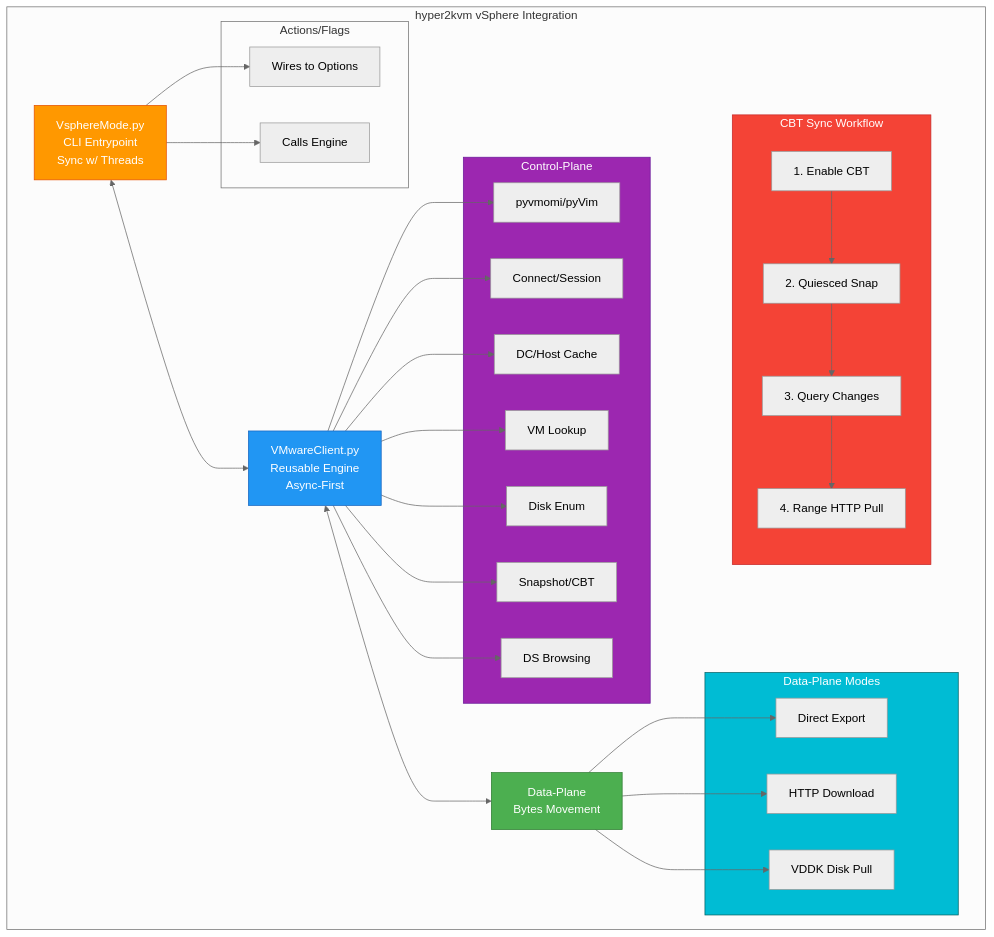
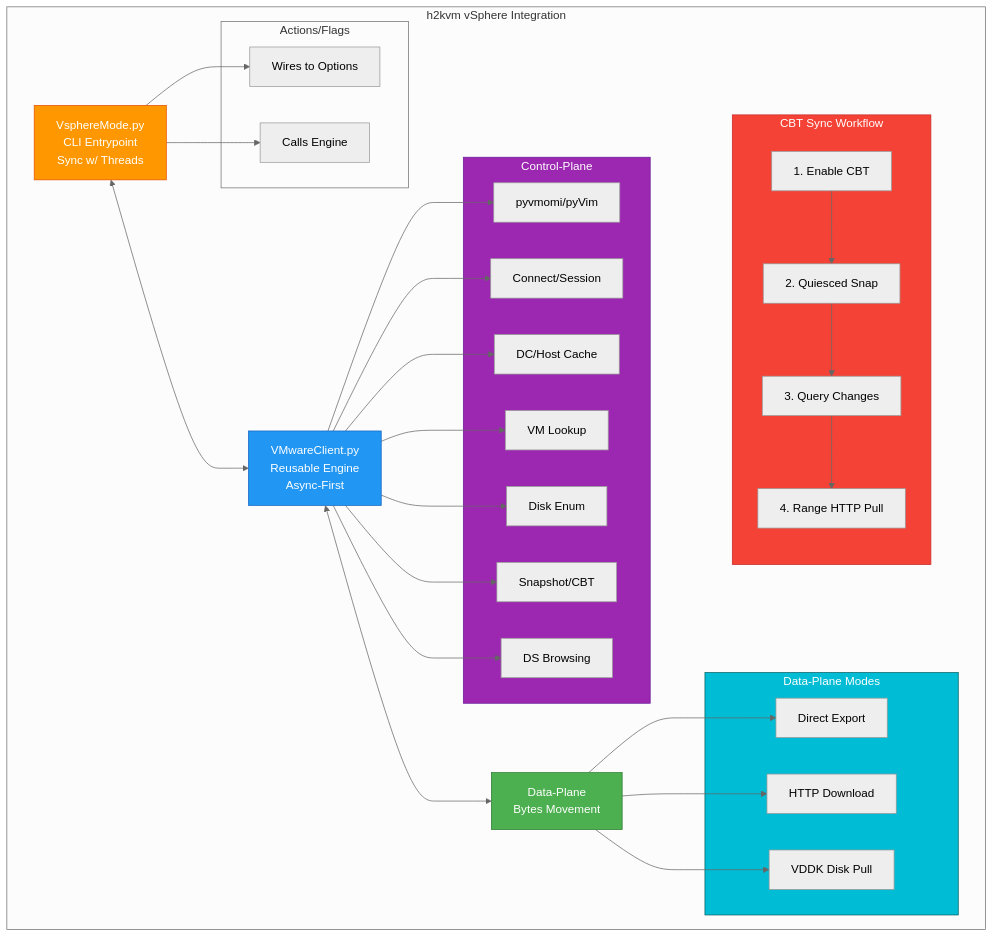
The first of 3 diagrams in docs/features/vsphere-design.md (zyvorai/h2kvm), drawn with Mermaid (neutral theme) before and after one commit. The commit also changed other lines of this file and 2146 other files, not shown here.

First line of the commit message:
Rename project hyper2kvm -> h2kvm

````diff
--- a/docs/features/vsphere-design.md
+++ b/docs/features/vsphere-design.md
@@ -109,62 +109,62 @@
 ```mermaid
 graph TB
-    subgraph HV["hyper2kvm vSphere Integration"]
+    subgraph HV["h2kvm vSphere Integration"]
         CLI[VsphereMode.py<br/>CLI Entrypoint<br/>Sync w/ Threads]
         Engine[VMwareClient.py<br/>Reusable Engine<br/>Async-First]
         DataPlane[Data-Plane<br/>Bytes Movement]
 
         CLI <--> Engine
         Engine <--> DataPlane
 
         subgraph CP["Control-Plane"]
             CP1[pyvmomi/pyVim]
             CP2[Connect/Session]
             CP3[DC/Host Cache]
             CP4[VM Lookup]
             CP5[Disk Enum]
             CP6[Snapshot/CBT]
             CP7[DS Browsing]
         end
 
         subgraph AF["Actions/Flags"]
             AF1[Wires to Options]
             AF2[Calls Engine]
         end
 
         subgraph DP["Data-Plane Modes"]
             DP1[Direct Export]
             DP2[HTTP Download]
             DP3[VDDK Disk Pull]
         end
 
         subgraph CBT["CBT Sync Workflow"]
             CBT1[1. Enable CBT]
             CBT2[2. Quiesced Snap]
             CBT3[3. Query Changes]
             CBT4[4. Range HTTP Pull]
             CBT1 --> CBT2 --> CBT3 --> CBT4
         end
 
         Engine --> CP1
         Engine --> CP2
         Engine --> CP3
         Engine --> CP4
         Engine --> CP5
         Engine --> CP6
         Engine --> CP7
 
         CLI --> AF1
         CLI --> AF2
 
         DataPlane --> DP1
         DataPlane --> DP2
         DataPlane --> DP3
     end
 
     style CLI fill:#FF9800,stroke:#E65100,color:#fff
     style Engine fill:#2196F3,stroke:#1565C0,color:#fff
     style DataPlane fill:#4CAF50,stroke:#2E7D32,color:#fff
     style CP fill:#9C27B0,stroke:#6A1B9A,color:#fff
     style DP fill:#00BCD4,stroke:#006064,color:#fff
     style CBT fill:#F44336,stroke:#C62828,color:#fff
 ```
````
